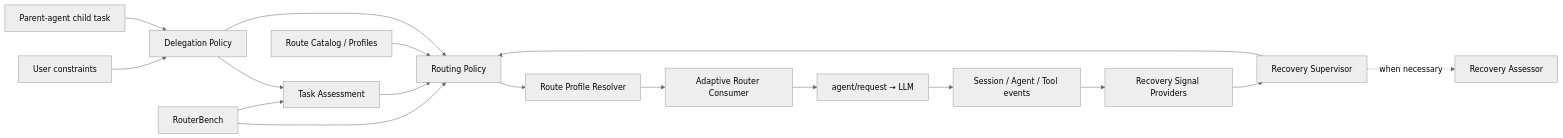
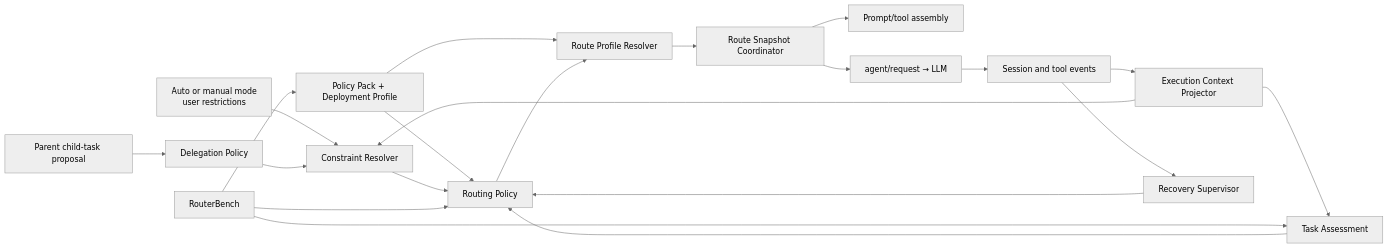
Before and after one commit to cloudman6/dsh-auto-mode: the diagram in docs/architecture.md, drawn with Mermaid (neutral theme). The commit also changed other lines of this file and 44 other files, not shown here.

````diff
--- a/docs/architecture.md
+++ b/docs/architecture.md
@@ -19,20 +21,23 @@
 ```mermaid
 flowchart LR
-    U["User constraints"] --> D["Delegation Policy"]
-    P["Parent-agent child task"] --> D
-    D --> A["Task Assessment"]
-    A --> R["Routing Policy"]
-    D --> R
-    C["Route Catalog / Profiles"] --> R
-    R --> X["Route Profile Resolver"]
-    X --> Q["Adaptive Router Consumer"]
+    U["Auto or manual mode\nuser restrictions"] --> C["Constraint Resolver"]
+    P["Parent child-task proposal"] --> D["Delegation Policy"]
+    D --> C
+    E["Session and tool events"] --> X["Execution Context Projector"]
+    X --> A["Task Assessment"]
+    X --> C
+    W["Policy Pack + Deployment Profile"] --> R["Routing Policy"]
+    W --> V["Route Profile Resolver"]
+    A --> R
+    C --> R
+    S["Recovery Supervisor"] --> R
+    R --> V
+    V --> Q["Route Snapshot Coordinator"]
+    Q --> M["Prompt/tool assembly"]
     Q --> L["agent/request → LLM"]
-
-    L --> E["Session / Agent / Tool events"]
-    E --> S["Recovery Signal Providers"]
-    S --> V["Recovery Supervisor"]
-    V --> R
-    V -.when necessary.-> M["Recovery Assessor"]
-    B["RouterBench"] --> R
+    L --> E
+    E --> S
+    B["RouterBench"] --> W
     B --> A
+    B --> R
 ```
````
